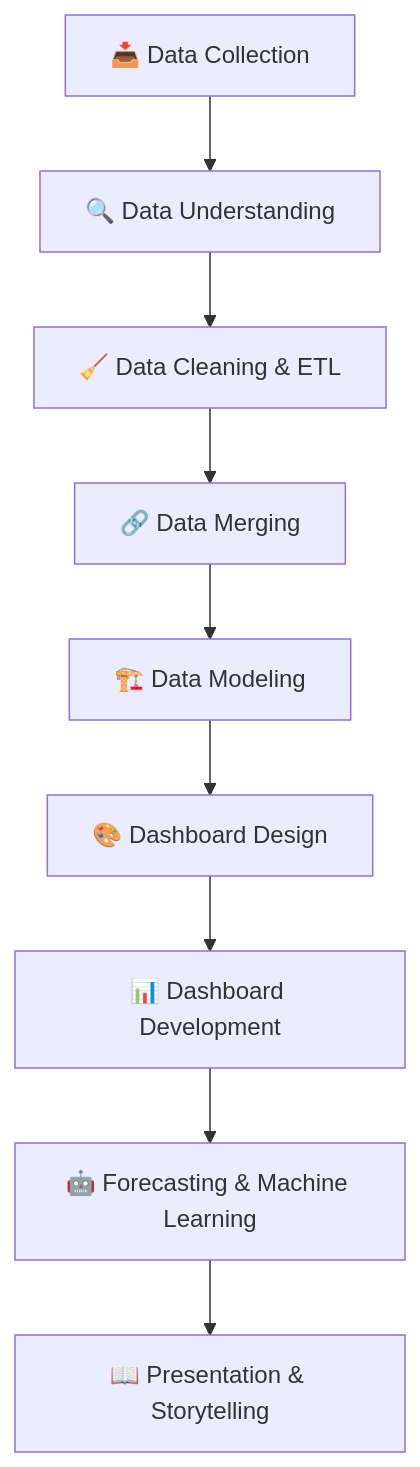
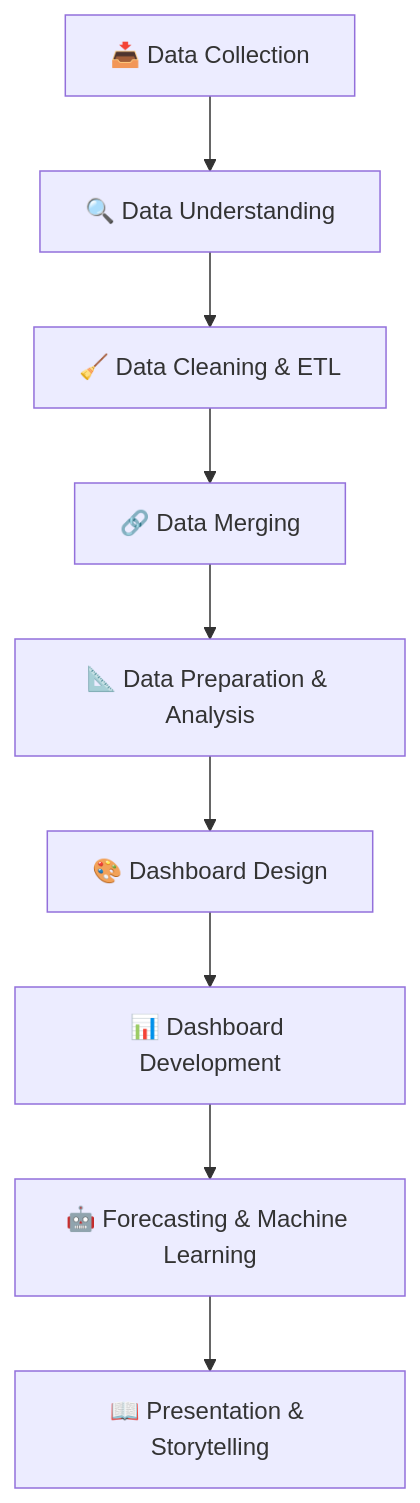
One commit to mohmaednasser/Egypt-Car-Accidents-Analysis changed the diagram in README.md. Above: the diagram before and after it, drawn with Mermaid. The commit also changed other lines of this file, not shown here.

````diff
--- a/README.md
+++ b/README.md
@@ -62,12 +62,12 @@
 ```mermaid
 graph TD
 
 A[📥 Data Collection] --> B[🔍 Data Understanding]
 B --> C[🧹 Data Cleaning & ETL]
 C --> D[🔗 Data Merging]
-D --> E[🏗️ Data Modeling]
+D --> E[📐 Data Preparation & Analysis]
 E --> F[🎨 Dashboard Design]
 F --> G[📊 Dashboard Development]
 G --> H[🤖 Forecasting & Machine Learning]
 H --> I[📖 Presentation & Storytelling]
 ```
````
